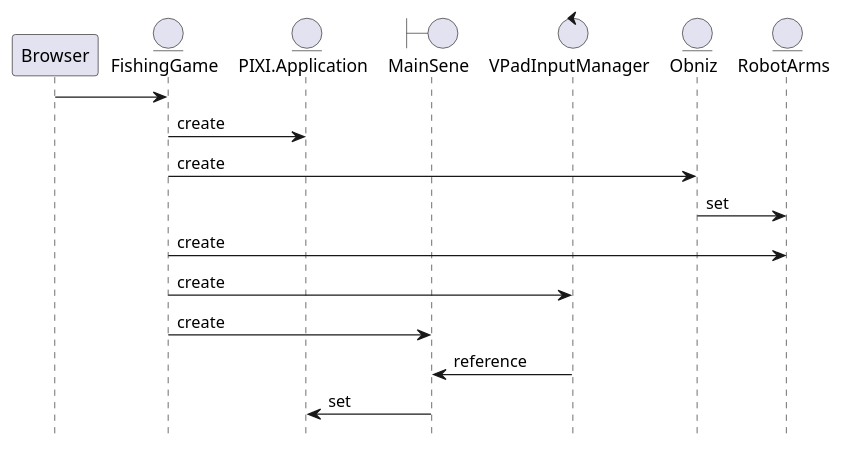
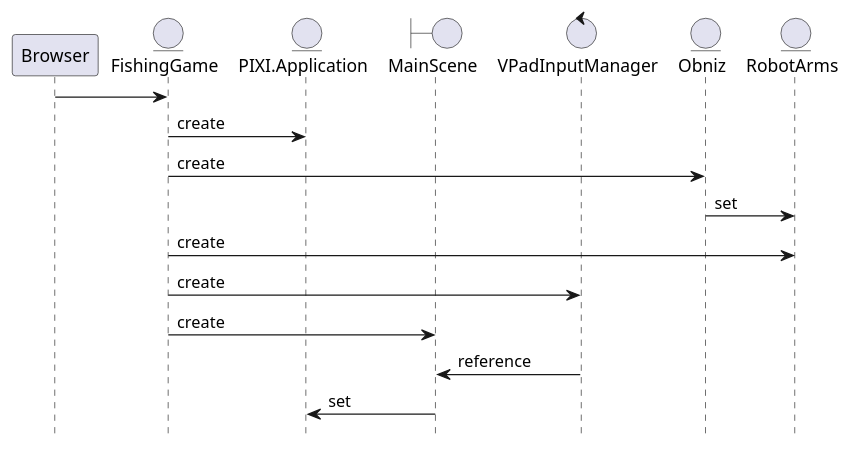
One commit to nakagawa-takayoshi/FishingGame changed the first of 5 diagrams in documents/設計書.md. Above: the diagram before and after it, drawn with PlantUML. The commit also changed other lines of this file and 4 other files, not shown here.

```diff
--- a/documents/設計書.md
+++ b/documents/設計書.md
@@ -10,36 +10,36 @@
 ~~~plantuml
 
 @startuml a
 
 hide footbox
 
 participant "Browser" as  browser
 entity FishingGame
 entity PIXI.Application
-boundary MainSene
+boundary MainScene
 control VPadInputManager
 entity Obniz
 entity RobotArms
 
 
 browser -> FishingGame
 
 FishingGame -> PIXI.Application : create
 
 FishingGame -> Obniz : create
 
 Obniz -> RobotArms: set
 FishingGame -> RobotArms : create
 
 FishingGame -> VPadInputManager : create
 
 
-FishingGame -> MainSene : create
+FishingGame -> MainScene : create
 
-VPadInputManager -> MainSene : reference
+VPadInputManager -> MainScene : reference
 
-MainSene -> PIXI.Application : set
+MainScene -> PIXI.Application : set
 
 @enduml
 
 ~~~
```
